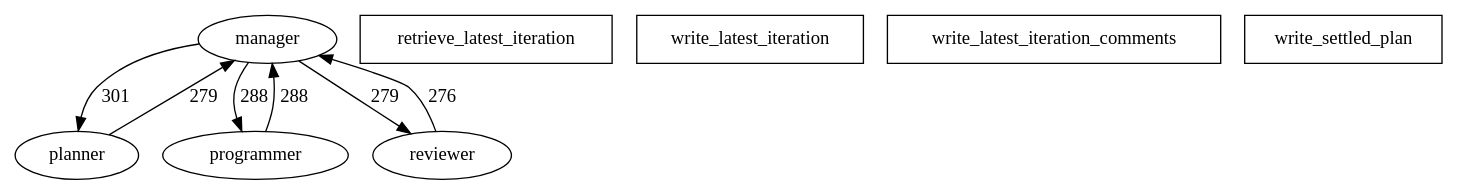
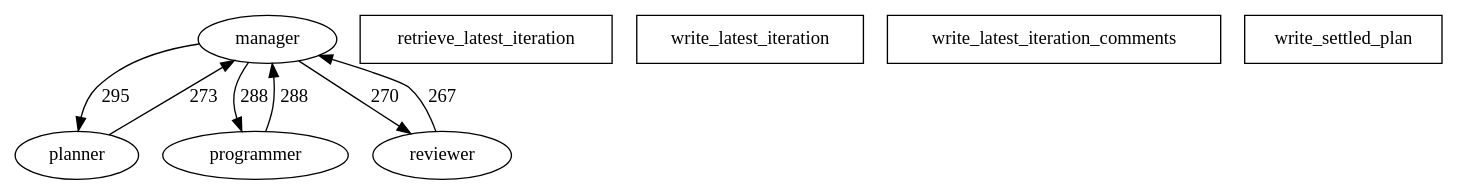
One commit to BzhH7/MASentinel changed the diagram in outputs/system1_iterative_coding/trace_graph.dot. Above: the diagram before and after it, drawn with Graphviz. The commit also changed 467 other files, not shown here.

```diff
--- a/outputs/system1_iterative_coding/trace_graph.dot
+++ b/outputs/system1_iterative_coding/trace_graph.dot
@@ -1,16 +1,16 @@
 digraph MASentinelTrace {
   "manager" [shape=ellipse];
   "planner" [shape=ellipse];
   "programmer" [shape=ellipse];
   "reviewer" [shape=ellipse];
   "retrieve_latest_iteration" [shape=box];
   "write_latest_iteration" [shape=box];
   "write_latest_iteration_comments" [shape=box];
   "write_settled_plan" [shape=box];
-  "manager" -> "planner" [label="301"];
+  "manager" -> "planner" [label="295"];
   "manager" -> "programmer" [label="288"];
-  "manager" -> "reviewer" [label="279"];
-  "planner" -> "manager" [label="279"];
+  "manager" -> "reviewer" [label="270"];
+  "planner" -> "manager" [label="273"];
   "programmer" -> "manager" [label="288"];
-  "reviewer" -> "manager" [label="276"];
+  "reviewer" -> "manager" [label="267"];
 }
```
